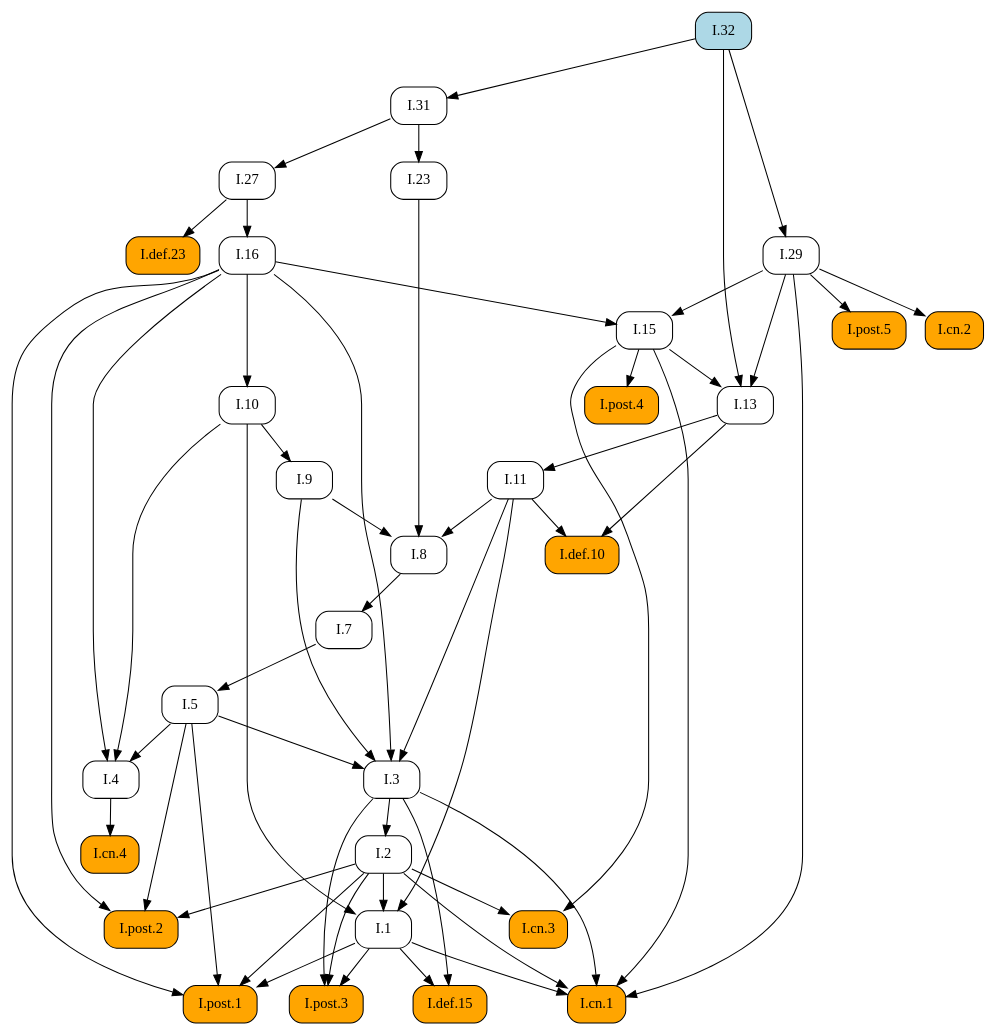
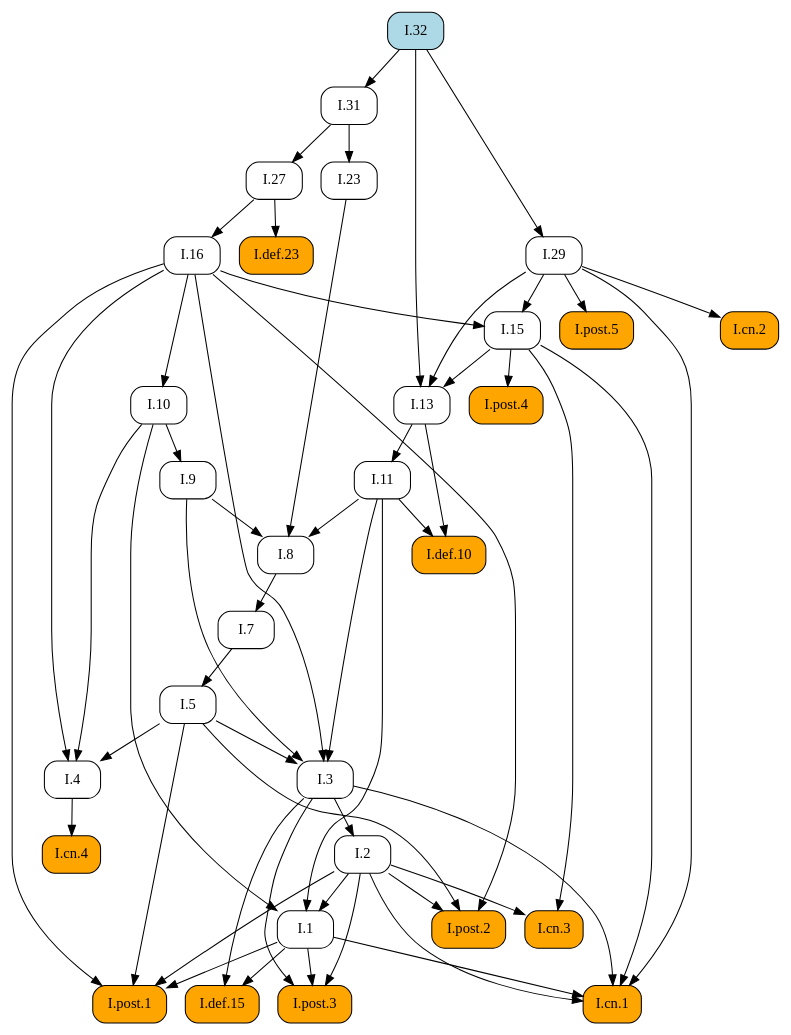
The diagram in docsrc/elements2/I/32/index.rst (geometor/elements), drawn with Graphviz before and after one commit. The commit also changed other lines of this file and 409 other files, not shown here.

First line of the commit message:
feat: Add image cropping and graphic extraction script

```diff
--- a/docsrc/elements2/I/32/index.rst
+++ b/docsrc/elements2/I/32/index.rst
@@ -51,89 +51,89 @@
    digraph {
      rankdir="TB";
      node [shape=box, style=rounded];
+     "I.def.15" [style="rounded,filled", fillcolor=orange, URL="/elements2/I/def.15/", target="_top"];
+     "I.31" [URL="/elements2/I/31/", target="_top"];
+     "I.def.10" [style="rounded,filled", fillcolor=orange, URL="/elements2/I/def.10/", target="_top"];
+     "I.11" [URL="/elements2/I/11/", target="_top"];
      "I.8" [URL="/elements2/I/8/", target="_top"];
-     "I.32" [style="rounded,filled", fillcolor=lightblue, URL="/elements2/I/32/", target="_top"];
-     "I.1" [URL="/elements2/I/1/", target="_top"];
-     "I.cn.3" [style="rounded,filled", fillcolor=orange, URL="/elements2/I/cn.3/", target="_top"];
-     "I.cn.4" [style="rounded,filled", fillcolor=orange, URL="/elements2/I/cn.4/", target="_top"];
-     "I.23" [URL="/elements2/I/23/", target="_top"];
-     "I.7" [URL="/elements2/I/7/", target="_top"];
-     "I.post.1" [style="rounded,filled", fillcolor=orange, URL="/elements2/I/post.1/", target="_top"];
-     "I.9" [URL="/elements2/I/9/", target="_top"];
+     "I.def.23" [style="rounded,filled", fillcolor=orange, URL="/elements2/I/def.23/", target="_top"];
+     "I.15" [URL="/elements2/I/15/", target="_top"];
      "I.5" [URL="/elements2/I/5/", target="_top"];
      "I.post.5" [style="rounded,filled", fillcolor=orange, URL="/elements2/I/post.5/", target="_top"];
+     "I.3" [URL="/elements2/I/3/", target="_top"];
+     "I.post.4" [style="rounded,filled", fillcolor=orange, URL="/elements2/I/post.4/", target="_top"];
+     "I.10" [URL="/elements2/I/10/", target="_top"];
+     "I.cn.3" [style="rounded,filled", fillcolor=orange, URL="/elements2/I/cn.3/", target="_top"];
      "I.cn.1" [style="rounded,filled", fillcolor=orange, URL="/elements2/I/cn.1/", target="_top"];
+     "I.13" [URL="/elements2/I/13/", target="_top"];
+     "I.32" [style="rounded,filled", fillcolor=lightblue, URL="/elements2/I/32/", target="_top"];
+     "I.post.3" [style="rounded,filled", fillcolor=orange, URL="/elements2/I/post.3/", target="_top"];
+     "I.4" [URL="/elements2/I/4/", target="_top"];
+     "I.7" [URL="/elements2/I/7/", target="_top"];
+     "I.9" [URL="/elements2/I/9/", target="_top"];
      "I.29" [URL="/elements2/I/29/", target="_top"];
-     "I.def.10" [style="rounded,filled", fillcolor=orange, URL="/elements2/I/def.10/", target="_top"];
+     "I.23" [URL="/elements2/I/23/", target="_top"];
      "I.16" [URL="/elements2/I/16/", target="_top"];
-     "I.post.4" [style="rounded,filled", fillcolor=orange, URL="/elements2/I/post.4/", target="_top"];
-     "I.cn.2" [style="rounded,filled", fillcolor=orange, URL="/elements2/I/cn.2/", target="_top"];
-     "I.13" [URL="/elements2/I/13/", target="_top"];
+     "I.post.1" [style="rounded,filled", fillcolor=orange, URL="/elements2/I/post.1/", target="_top"];
      "I.2" [URL="/elements2/I/2/", target="_top"];
      "I.27" [URL="/elements2/I/27/", target="_top"];
-     "I.def.15" [style="rounded,filled", fillcolor=orange, URL="/elements2/I/def.15/", target="_top"];
-     "I.4" [URL="/elements2/I/4/", target="_top"];
-     "I.31" [URL="/elements2/I/31/", target="_top"];
-     "I.11" [URL="/elements2/I/11/", target="_top"];
-     "I.10" [URL="/elements2/I/10/", target="_top"];
-     "I.15" [URL="/elements2/I/15/", target="_top"];
-     "I.3" [URL="/elements2/I/3/", target="_top"];
-     "I.def.23" [style="rounded,filled", fillcolor=orange, URL="/elements2/I/def.23/", target="_top"];
+     "I.1" [URL="/elements2/I/1/", target="_top"];
+     "I.cn.2" [style="rounded,filled", fillcolor=orange, URL="/elements2/I/cn.2/", target="_top"];
+     "I.cn.4" [style="rounded,filled", fillcolor=orange, URL="/elements2/I/cn.4/", target="_top"];
      "I.post.2" [style="rounded,filled", fillcolor=orange, URL="/elements2/I/post.2/", target="_top"];
-     "I.post.3" [style="rounded,filled", fillcolor=orange, URL="/elements2/I/post.3/", target="_top"];
+     "I.1" -> "I.def.15";
+     "I.3" -> "I.def.15";
+     "I.32" -> "I.31";
+     "I.11" -> "I.def.10";
+     "I.13" -> "I.def.10";
+     "I.13" -> "I.11";
      "I.9" -> "I.8";
      "I.11" -> "I.8";
      "I.23" -> "I.8";
-     "I.2" -> "I.1";
-     "I.10" -> "I.1";
-     "I.11" -> "I.1";
+     "I.27" -> "I.def.23";
+     "I.16" -> "I.15";
+     "I.29" -> "I.15";
+     "I.7" -> "I.5";
+     "I.29" -> "I.post.5";
+     "I.5" -> "I.3";
+     "I.9" -> "I.3";
+     "I.11" -> "I.3";
+     "I.16" -> "I.3";
+     "I.15" -> "I.post.4";
+     "I.16" -> "I.10";
      "I.2" -> "I.cn.3";
      "I.15" -> "I.cn.3";
-     "I.4" -> "I.cn.4";
-     "I.31" -> "I.23";
-     "I.8" -> "I.7";
-     "I.1" -> "I.post.1";
-     "I.2" -> "I.post.1";
-     "I.5" -> "I.post.1";
-     "I.16" -> "I.post.1";
-     "I.10" -> "I.9";
-     "I.7" -> "I.5";
-     "I.29" -> "I.post.5";
      "I.1" -> "I.cn.1";
      "I.2" -> "I.cn.1";
      "I.3" -> "I.cn.1";
      "I.15" -> "I.cn.1";
      "I.29" -> "I.cn.1";
-     "I.32" -> "I.29";
-     "I.11" -> "I.def.10";
-     "I.13" -> "I.def.10";
-     "I.27" -> "I.16";
-     "I.15" -> "I.post.4";
-     "I.29" -> "I.cn.2";
      "I.15" -> "I.13";
      "I.29" -> "I.13";
      "I.32" -> "I.13";
-     "I.3" -> "I.2";
-     "I.31" -> "I.27";
-     "I.1" -> "I.def.15";
-     "I.3" -> "I.def.15";
+     "I.1" -> "I.post.3";
+     "I.2" -> "I.post.3";
+     "I.3" -> "I.post.3";
      "I.5" -> "I.4";
      "I.10" -> "I.4";
      "I.16" -> "I.4";
-     "I.32" -> "I.31";
-     "I.13" -> "I.11";
-     "I.16" -> "I.10";
-     "I.16" -> "I.15";
-     "I.29" -> "I.15";
-     "I.5" -> "I.3";
-     "I.9" -> "I.3";
-     "I.11" -> "I.3";
-     "I.16" -> "I.3";
-     "I.27" -> "I.def.23";
+     "I.8" -> "I.7";
+     "I.10" -> "I.9";
+     "I.32" -> "I.29";
+     "I.31" -> "I.23";
+     "I.27" -> "I.16";
+     "I.1" -> "I.post.1";
+     "I.2" -> "I.post.1";
+     "I.5" -> "I.post.1";
+     "I.16" -> "I.post.1";
+     "I.3" -> "I.2";
+     "I.31" -> "I.27";
+     "I.2" -> "I.1";
+     "I.10" -> "I.1";
+     "I.11" -> "I.1";
+     "I.29" -> "I.cn.2";
+     "I.4" -> "I.cn.4";
      "I.2" -> "I.post.2";
      "I.5" -> "I.post.2";
      "I.16" -> "I.post.2";
-     "I.1" -> "I.post.3";
-     "I.2" -> "I.post.3";
-     "I.3" -> "I.post.3";
    }
```
